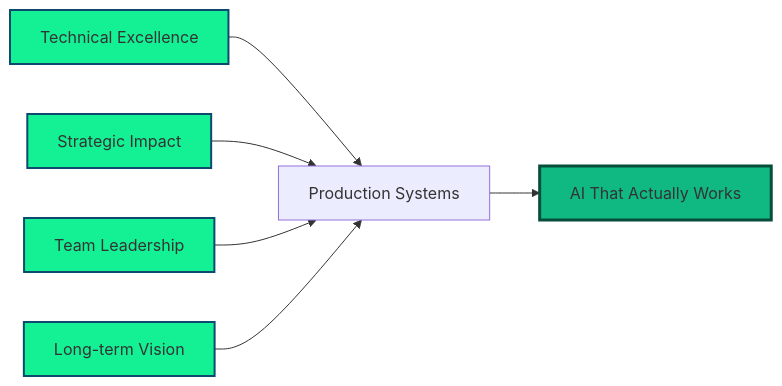
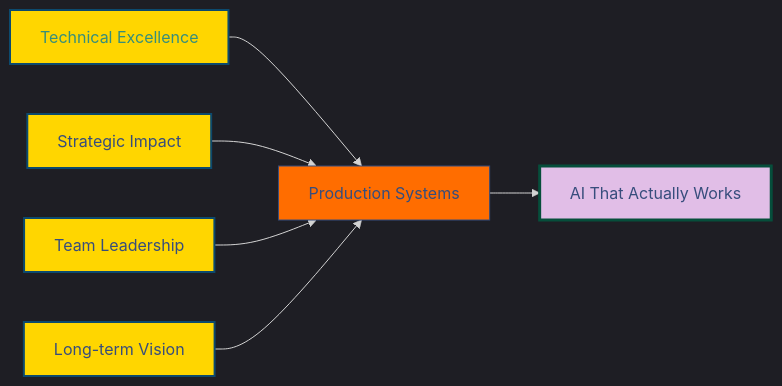
One commit to Pkansagra-hub/Pkansagra-hub changed the first of 2 diagrams in README.md. Above: the diagram before and after it, drawn with Mermaid.

Commit message:
Update Mermaid diagram configuration and styles

````diff
--- a/README.md
+++ b/README.md
@@ -171,14 +171,29 @@
 ```mermaid
-graph LR
-    A[Technical Excellence] --> E[Production Systems]
-    B[Strategic Impact] --> E
-    C[Team Leadership] --> E
-    D[Long-term Vision] --> E
-    E --> F[AI That Actually Works]
-    
-    style A fill:#14F195,stroke:#0c4a6e,stroke-width:2px
-    style B fill:#14F195,stroke:#0c4a6e,stroke-width:2px
-    style C fill:#14F195,stroke:#0c4a6e,stroke-width:2px
-    style D fill:#14F195,stroke:#0c4a6e,stroke-width:2px
-    style F fill:#10b981,stroke:#064e3b,stroke-width:3px
+---
+config:
+  theme: dark
+  layout: dagre
+  look: classic
+---
+flowchart LR
+    A["Technical Excellence"] --> E["Production Systems"]
+    B["Strategic Impact"] --> E
+    C["Team Leadership"] --> E
+    D["Long-term Vision"] --> E
+    E --> F["AI That Actually Works"]
+
+     A:::Aqua
+     E:::Sky
+     B:::Sky
+     C:::Sky
+     D:::Sky
+     F:::Sky
+    classDef Aqua stroke-width:1px, stroke-dasharray:none, stroke:#46EDC8, fill:#DEFFF8, color:#378E7A
+    classDef Sky stroke-width:1px, stroke-dasharray:none, stroke:#374D7C, fill:#E2EBFF, color:#374D7C
+    style A fill:#FFD600,stroke:#0c4a6e,stroke-width:2px
+    style E fill:#FF6D00
+    style B fill:#FFD600,stroke:#0c4a6e,stroke-width:2px
+    style C fill:#FFD600,stroke:#0c4a6e,stroke-width:2px
+    style D fill:#FFD600,stroke:#0c4a6e,stroke-width:2px
+    style F fill:#E1BEE7,stroke:#064e3b,stroke-width:3px
 ```
````
